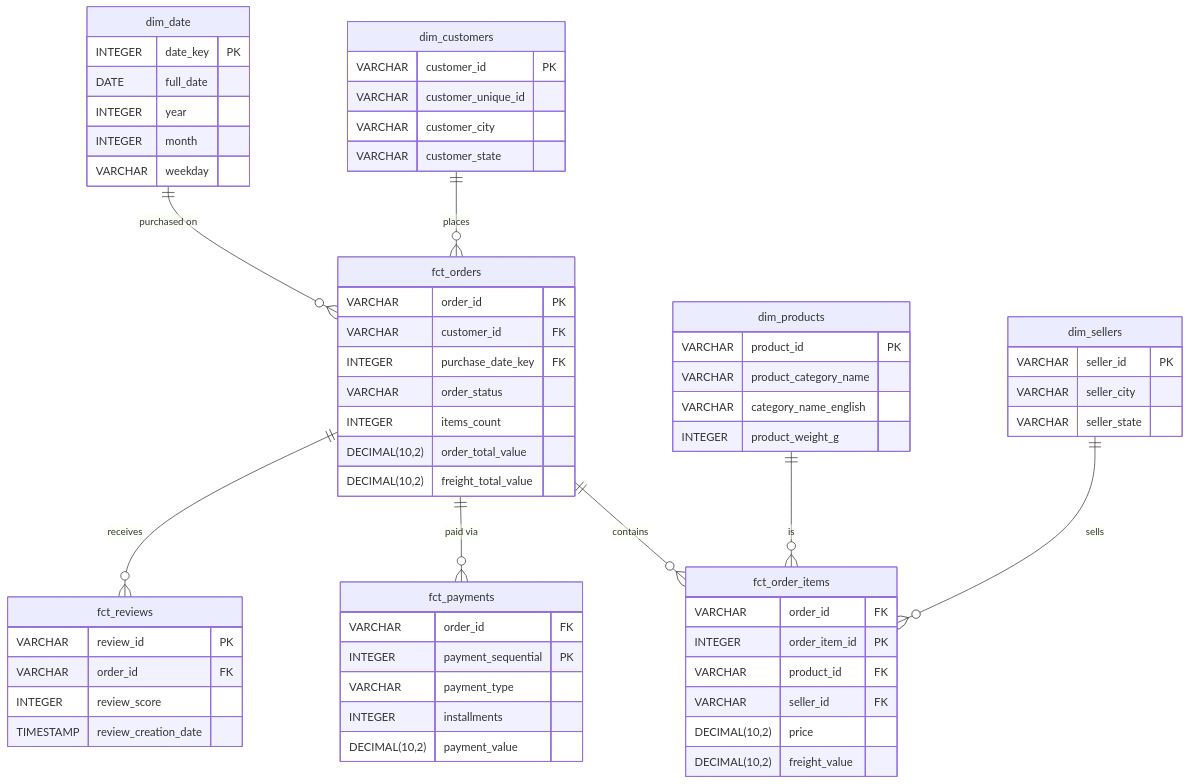
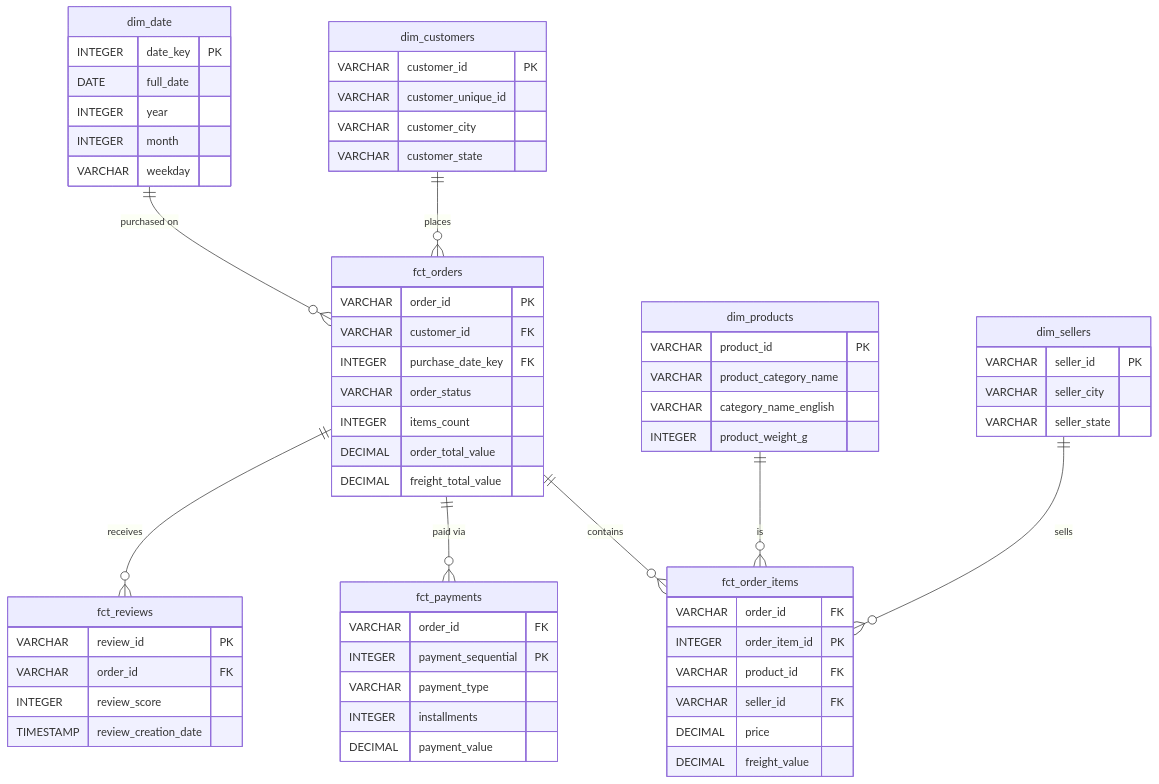
One commit to deexposito/medallion-ecommerce changed the second of 2 diagrams in README.md. Above: the diagram before and after it, drawn with Mermaid. The commit also changed other lines of this file, not shown here.

Commit message:
Fix Mermaid ER diagram syntax (commas break attribute type tokens)
DECIMAL(10,2) as an attribute type isn't valid Mermaid erDiagram
syntax - commas aren't allowed inside an unquoted ATTRIBUTE_WORD.
Simplified to DECIMAL in the diagram; actual precision documented in
a caption below it.

````diff
--- a/README.md
+++ b/README.md
@@ -87,65 +87,65 @@
 ```mermaid
 erDiagram
   dim_customers ||--o{ fct_orders : places
   dim_date ||--o{ fct_orders : "purchased on"
   fct_orders ||--o{ fct_order_items : contains
   dim_products ||--o{ fct_order_items : is
   dim_sellers ||--o{ fct_order_items : sells
   fct_orders ||--o{ fct_payments : "paid via"
   fct_orders ||--o{ fct_reviews : receives
 
   dim_customers {
     VARCHAR customer_id PK
     VARCHAR customer_unique_id
     VARCHAR customer_city
     VARCHAR customer_state
   }
   dim_products {
     VARCHAR product_id PK
     VARCHAR product_category_name
     VARCHAR category_name_english
     INTEGER product_weight_g
   }
   dim_sellers {
     VARCHAR seller_id PK
     VARCHAR seller_city
     VARCHAR seller_state
   }
   dim_date {
     INTEGER date_key PK
     DATE full_date
     INTEGER year
     INTEGER month
     VARCHAR weekday
   }
   fct_orders {
     VARCHAR order_id PK
     VARCHAR customer_id FK
     INTEGER purchase_date_key FK
     VARCHAR order_status
     INTEGER items_count
-    DECIMAL(10,2) order_total_value
-    DECIMAL(10,2) freight_total_value
+    DECIMAL order_total_value
+    DECIMAL freight_total_value
   }
   fct_order_items {
     VARCHAR order_id FK
     INTEGER order_item_id PK
     VARCHAR product_id FK
     VARCHAR seller_id FK
-    DECIMAL(10,2) price
-    DECIMAL(10,2) freight_value
+    DECIMAL price
+    DECIMAL freight_value
   }
   fct_payments {
     VARCHAR order_id FK
     INTEGER payment_sequential PK
     VARCHAR payment_type
     INTEGER installments
-    DECIMAL(10,2) payment_value
+    DECIMAL payment_value
   }
   fct_reviews {
     VARCHAR review_id PK
     VARCHAR order_id FK
     INTEGER review_score
     TIMESTAMP review_creation_date
   }
 ```
````
